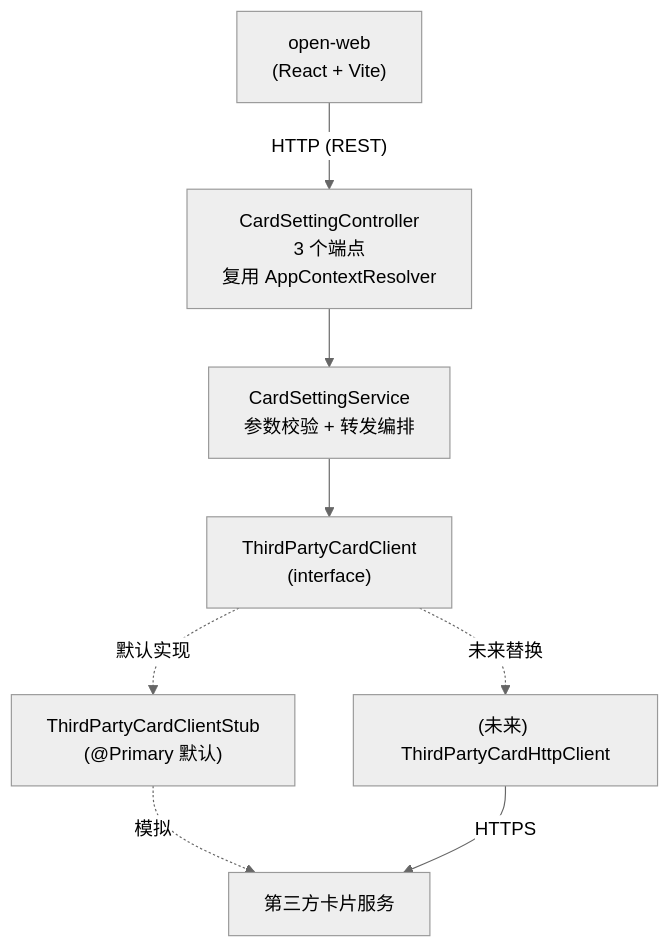
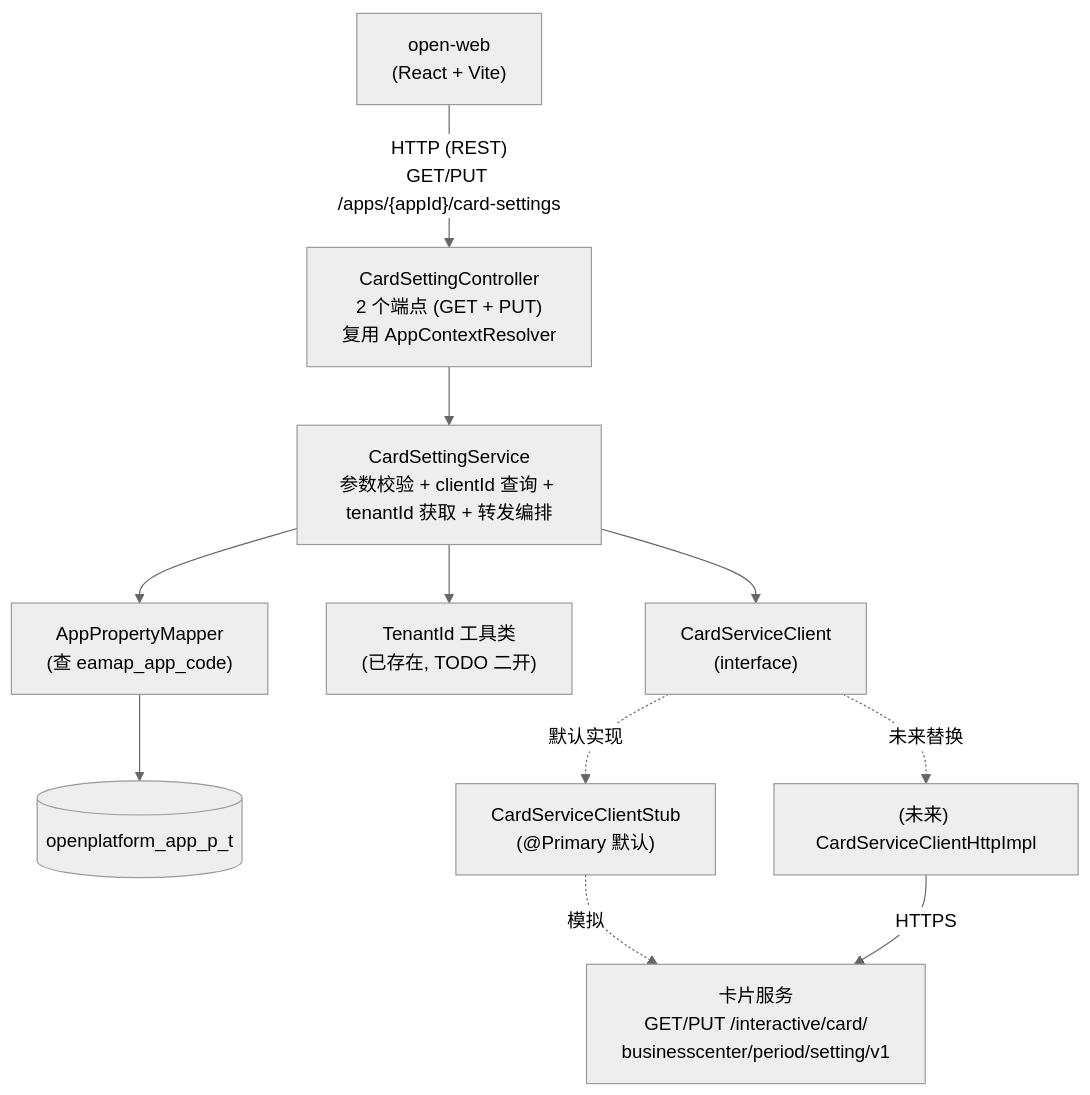
One commit to THZSummer/open-app changed the second of 6 diagrams in docs/card-setting-requirement.md. Above: the diagram before and after it, drawn with Mermaid (neutral theme). The commit also changed other lines of this file and 2 other files, not shown here.

First line of the commit message:
docs(card-setting): 卡片设置板块文档对齐到 v0.5/v1.1

````diff
--- a/docs/card-setting-requirement.md
+++ b/docs/card-setting-requirement.md
@@ -296,18 +341,24 @@
 ```mermaid
 graph TD
     web["open-web<br/>(React + Vite)"]
-    controller["CardSettingController<br/>3 个端点<br/>复用 AppContextResolver"]
-    service["CardSettingService<br/>参数校验 + 转发编排"]
-    client_if["ThirdPartyCardClient<br/>(interface)"]
-    stub["ThirdPartyCardClientStub<br/>(@Primary 默认)"]
-    http["(未来) ThirdPartyCardHttpClient"]
-    third["第三方卡片服务"]
+    controller["CardSettingController<br/>2 个端点 (GET + PUT)<br/>复用 AppContextResolver"]
+    service["CardSettingService<br/>参数校验 + clientId 查询 + tenantId 获取 + 转发编排"]
+    app_prop["AppPropertyMapper<br/>(查 eamap_app_code)"]
+    app_db[("openplatform_app_p_t")]
+    tenant_ctx["TenantId 工具类<br/>(已存在, TODO 二开)"]
+    client_if["CardServiceClient<br/>(interface)"]
+    stub["CardServiceClientStub<br/>(@Primary 默认)"]
+    http["(未来) CardServiceClientHttpImpl"]
+    card_svc["卡片服务<br/>GET/PUT /interactive/card/<br/>businesscenter/period/setting/v1"]
 
-    web -- "HTTP (REST)" --> controller
+    web -- "HTTP (REST)<br/>GET/PUT /apps/{appId}/card-settings" --> controller
     controller --> service
+    service --> app_prop
+    app_prop --> app_db
+    service --> tenant_ctx
     service --> client_if
     client_if -. 默认实现 .-> stub
     client_if -. 未来替换 .-> http
-    stub -. 模拟 .-> third
-    http -- "HTTPS" --> third
+    stub -. 模拟 .-> card_svc
+    http -- "HTTPS" --> card_svc
 ```
````
